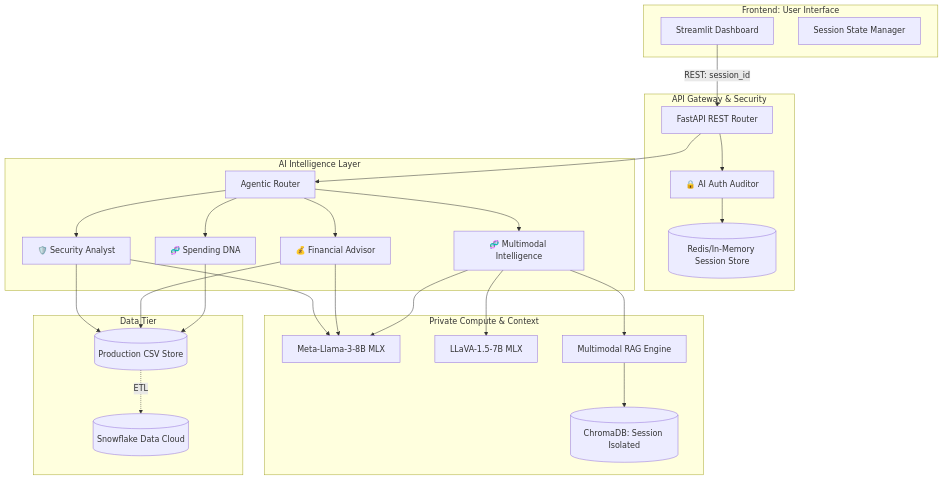
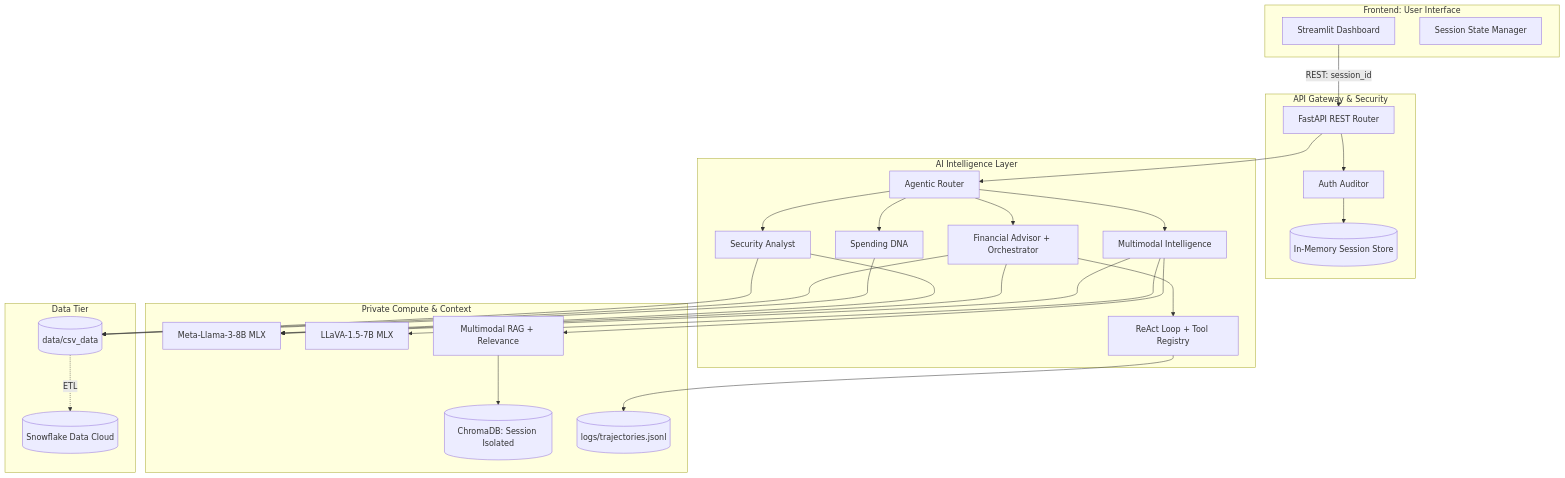
Before and after one commit to ladkrutarth/Hands-On-Week-4: the first of 4 diagrams in README.md, drawn with Mermaid. The commit also changed other lines of this file and 85 other files, not shown here.

````diff
--- a/README.md
+++ b/README.md
@@ -43,45 +45,49 @@
 ```mermaid
 graph TD
     subgraph Client_Layer [Frontend: User Interface]
         UI[Streamlit Dashboard]
         Session[Session State Manager]
     end
 
     subgraph API_Gateway [API Gateway & Security]
         FastAPI[FastAPI REST Router]
-        AuthA[🔒 AI Auth Auditor]
-        SessionStore[(Redis/In-Memory Session Store)]
+        AuthA[Auth Auditor]
+        SessionStore[(In-Memory Session Store)]
     end
 
     subgraph Intelligence_Orchestrator [AI Intelligence Layer]
         Router[Agentic Router]
-        SecAgent[🛡️ Security Analyst]
-        FinAgent[💰 Financial Advisor]
-        MultiAgent[🧬 Multimodal Intelligence]
-        DNAAgent[🧬 Spending DNA]
+        SecAgent[Security Analyst]
+        FinAgent[Financial Advisor + Orchestrator]
+        MultiAgent[Multimodal Intelligence]
+        DNAAgent[Spending DNA]
+        React[ReAct Loop + Tool Registry]
     end
 
     subgraph Memory_Compute [Private Compute & Context]
         LLM[Meta-Llama-3-8B MLX]
         VisionLLM[LLaVA-1.5-7B MLX]
-        RAG[Multimodal RAG Engine]
+        RAG[Multimodal RAG + Relevance]
         VectorDB[(ChromaDB: Session Isolated)]
+        Traj[(logs/trajectories.jsonl)]
     end
 
     subgraph Persistence [Data Tier]
         Snowflake[(Snowflake Data Cloud)]
-        LocalCSV[(Production CSV Store)]
+        LocalCSV[(data/csv_data)]
     end
 
     UI -->|REST: session_id| FastAPI
     FastAPI --> AuthA
     AuthA --> SessionStore
     FastAPI --> Router
     Router --> SecAgent & FinAgent & MultiAgent & DNAAgent
+    FinAgent --> React
     SecAgent & FinAgent & MultiAgent --> LLM
     MultiAgent --> VisionLLM
     MultiAgent --> RAG
     RAG --> VectorDB
+    React --> Traj
     SecAgent & FinAgent & DNAAgent --> LocalCSV
     LocalCSV -.->|ETL| Snowflake
 ```
````
